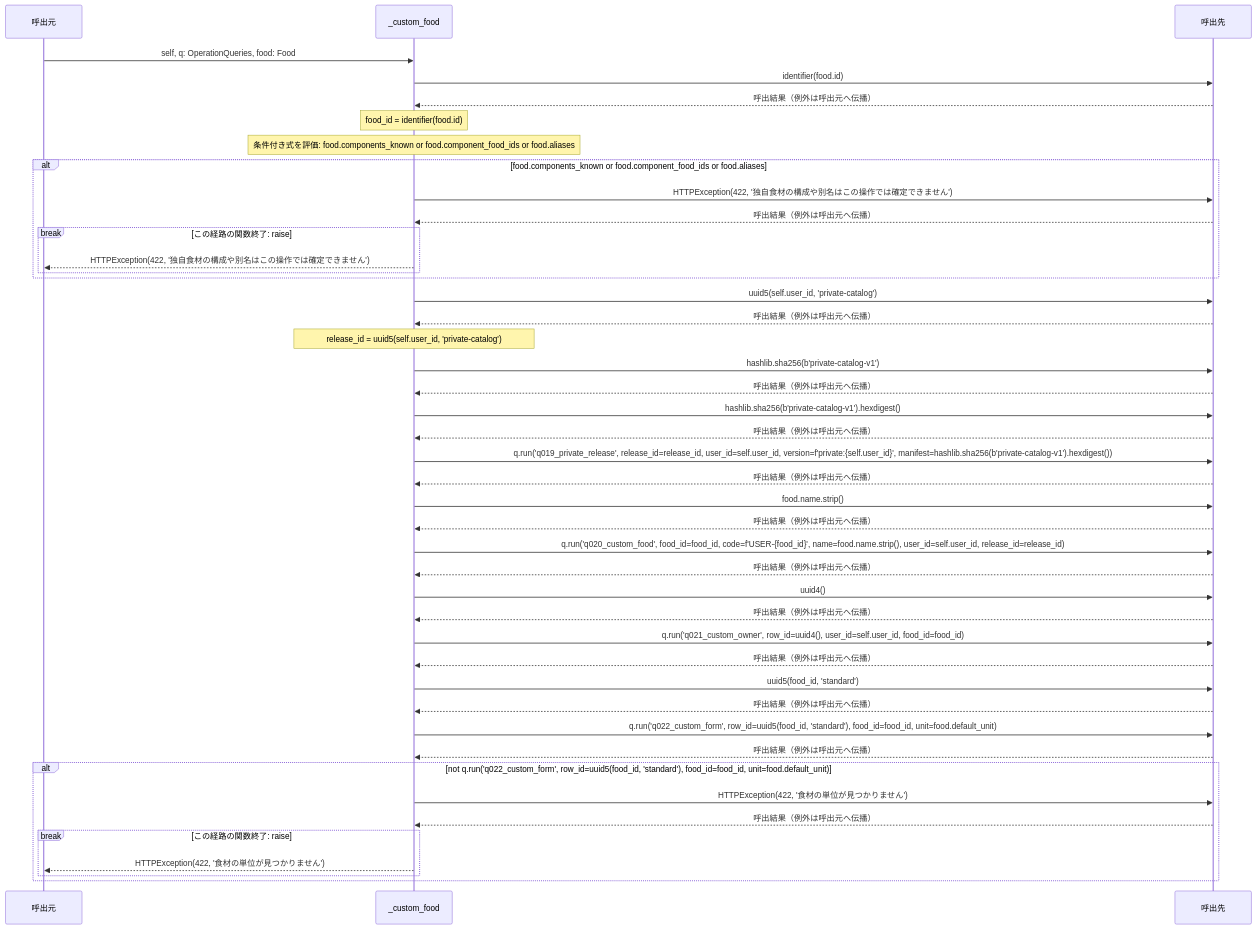
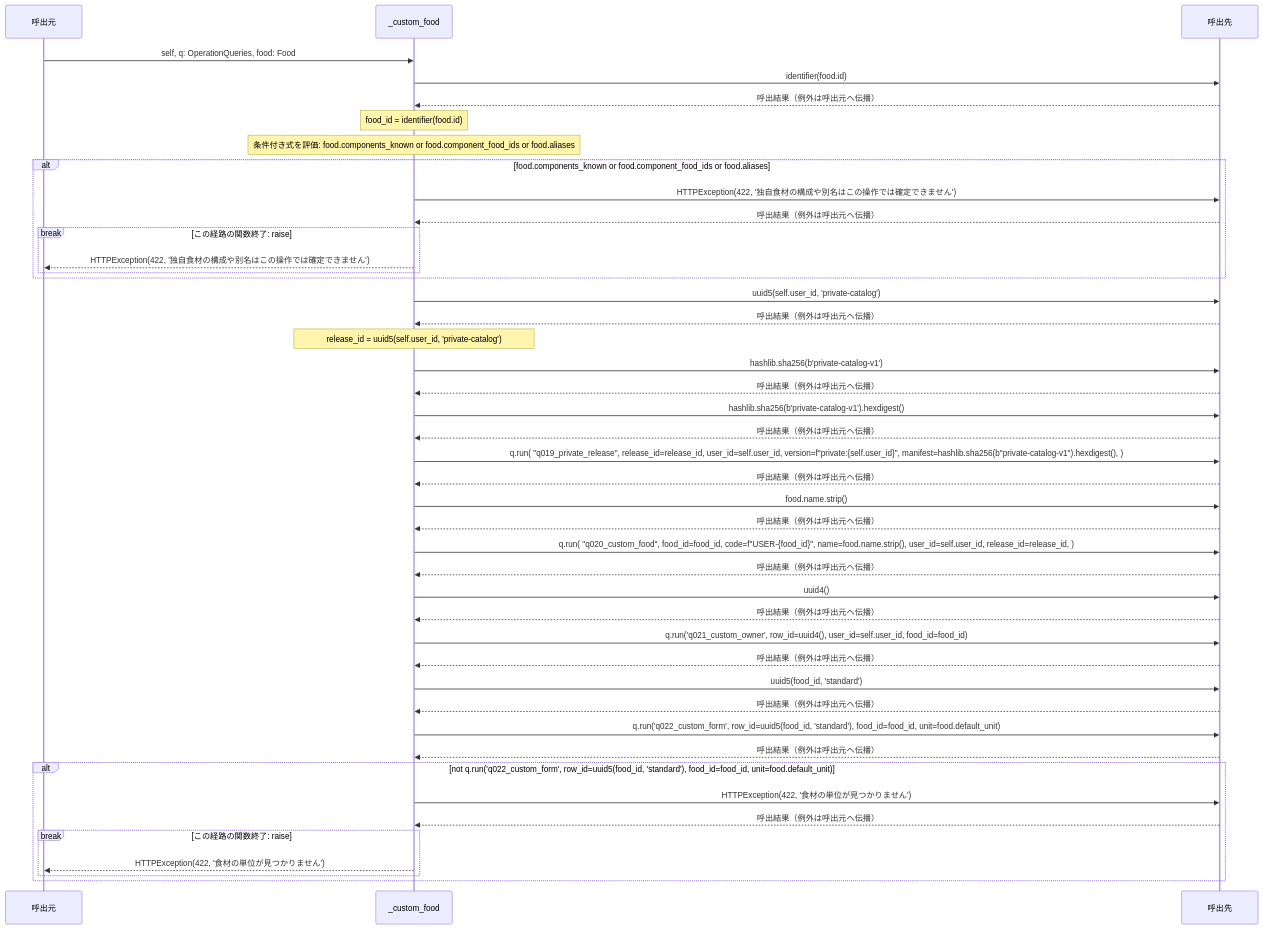
Diagram 11 of 12 in docs/design/generated/api/operations/create_custom_food/sequence.md (tsuji-tomonori/RecipeWeave), drawn with Mermaid before and after one commit. The commit also changed 320 other files, not shown here.

````diff
--- a/docs/design/generated/api/operations/create_custom_food/sequence.md
+++ b/docs/design/generated/api/operations/create_custom_food/sequence.md
@@ -254,46 +254,46 @@
 ```mermaid
 sequenceDiagram
     participant Caller as 呼出元
     participant Function as _custom_food
     participant Callee as 呼出先
     Caller->>Function: self, q: OperationQueries, food: Food
     Function->>Callee: identifier(food.id)
     Callee-->>Function: 呼出結果（例外は呼出元へ伝播）
     Note over Function: food_id = identifier(food.id)
     Note over Function: 条件付き式を評価: food.components_known or food.component_food_ids or food.aliases
     alt food.components_known or food.component_food_ids or food.aliases
         Function->>Callee: HTTPException(422, #39;独自食材の構成や別名はこの操作では確定できません#39;)
         Callee-->>Function: 呼出結果（例外は呼出元へ伝播）
         break この経路の関数終了: raise
             Function-->>Caller: HTTPException(422, #39;独自食材の構成や別名はこの操作では確定できません#39;)
         end
     end
     Function->>Callee: uuid5(self.user_id, #39;private-catalog#39;)
     Callee-->>Function: 呼出結果（例外は呼出元へ伝播）
     Note over Function: release_id = uuid5(self.user_id, #39;private-catalog#39;)
     Function->>Callee: hashlib.sha256(b#39;private-catalog-v1#39;)
     Callee-->>Function: 呼出結果（例外は呼出元へ伝播）
     Function->>Callee: hashlib.sha256(b#39;private-catalog-v1#39;).hexdigest()
     Callee-->>Function: 呼出結果（例外は呼出元へ伝播）
-    Function->>Callee: q.run(#39;q019_private_release#39;, release_id=release_id, user_id=self.user_id, version=f#39;private:{self.user_id}#39;, manifest=hashlib.sha256(b#39;private-catalog-v1#39;).hexdigest())
+    Function->>Callee: q.run(             #34;q019_private_release#34;,             release_id=release_id,             user_id=self.user_id,             version=f#34;private:{self.user_id}#34;,             manifest=hashlib.sha256(b#34;private-catalog-v1#34;).hexdigest(),         )
     Callee-->>Function: 呼出結果（例外は呼出元へ伝播）
     Function->>Callee: food.name.strip()
     Callee-->>Function: 呼出結果（例外は呼出元へ伝播）
-    Function->>Callee: q.run(#39;q020_custom_food#39;, food_id=food_id, code=f#39;USER-{food_id}#39;, name=food.name.strip(), user_id=self.user_id, release_id=release_id)
+    Function->>Callee: q.run(             #34;q020_custom_food#34;,             food_id=food_id,             code=f#34;USER-{food_id}#34;,             name=food.name.strip(),             user_id=self.user_id,             release_id=release_id,         )
     Callee-->>Function: 呼出結果（例外は呼出元へ伝播）
     Function->>Callee: uuid4()
     Callee-->>Function: 呼出結果（例外は呼出元へ伝播）
     Function->>Callee: q.run(#39;q021_custom_owner#39;, row_id=uuid4(), user_id=self.user_id, food_id=food_id)
     Callee-->>Function: 呼出結果（例外は呼出元へ伝播）
     Function->>Callee: uuid5(food_id, #39;standard#39;)
     Callee-->>Function: 呼出結果（例外は呼出元へ伝播）
     Function->>Callee: q.run(#39;q022_custom_form#39;, row_id=uuid5(food_id, #39;standard#39;), food_id=food_id, unit=food.default_unit)
     Callee-->>Function: 呼出結果（例外は呼出元へ伝播）
     alt not q.run(#39;q022_custom_form#39;, row_id=uuid5(food_id, #39;standard#39;), food_id=food_id, unit=food.default_unit)
         Function->>Callee: HTTPException(422, #39;食材の単位が見つかりません#39;)
         Callee-->>Function: 呼出結果（例外は呼出元へ伝播）
         break この経路の関数終了: raise
             Function-->>Caller: HTTPException(422, #39;食材の単位が見つかりません#39;)
         end
     end
 ```
````
